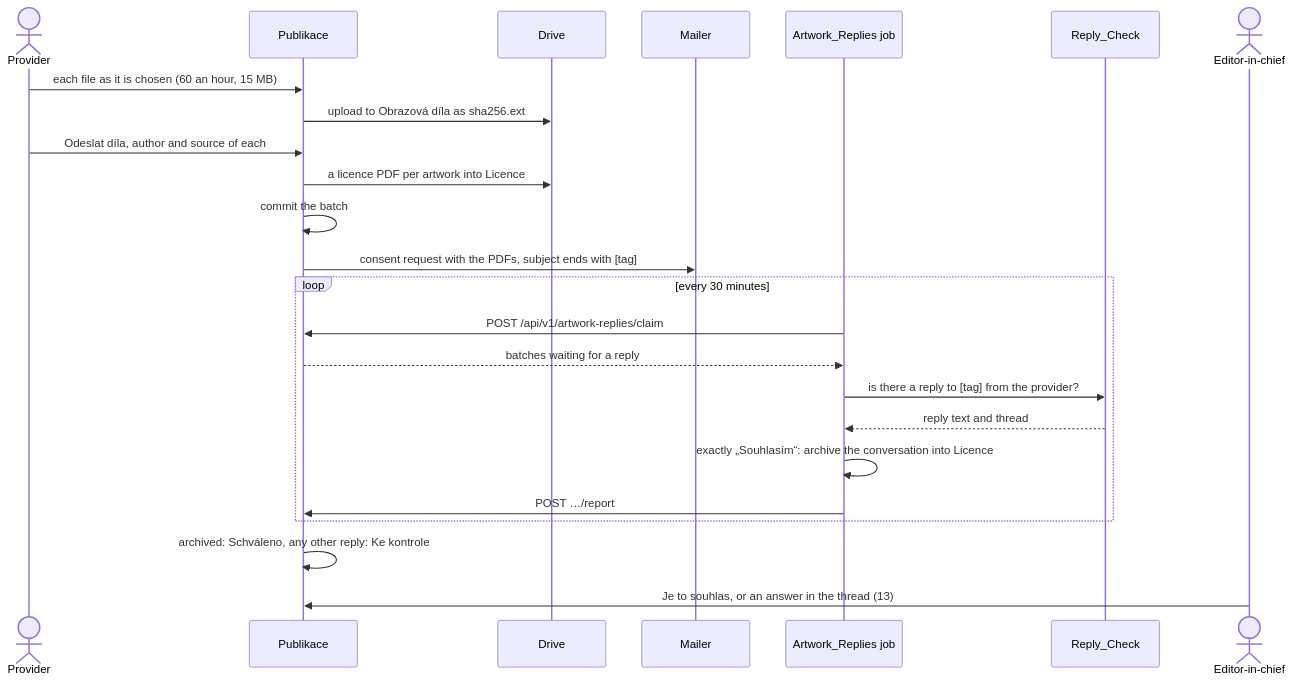
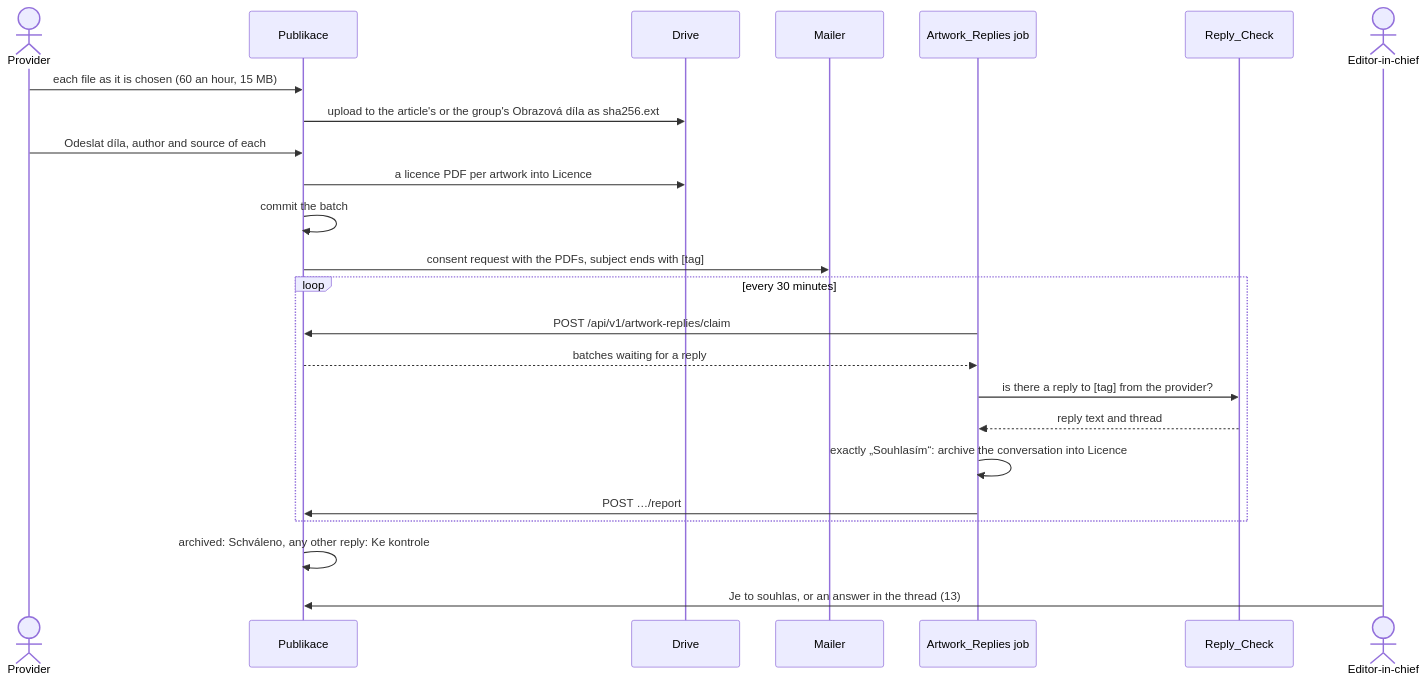
One commit to vednemesicnik/cz.vednemesicnik.publikace changed the fourth of 6 diagrams in docs/architecture.md. Above: the diagram before and after it, drawn with Mermaid. The commit also changed other lines of this file and 44 other files, not shown here.

````diff
--- a/docs/architecture.md
+++ b/docs/architecture.md
@@ -214,26 +234,26 @@
 ```mermaid
 sequenceDiagram
   actor P as Provider
   participant A as Publikace
   participant D as Drive
   participant M as Mailer
   participant J as Artwork_Replies job
   participant R as Reply_Check
   actor E as Editor-in-chief
   P->>A: each file as it is chosen (60 an hour, 15 MB)
-  A->>D: upload to Obrazová díla as sha256.ext
+  A->>D: upload to the article's or the group's Obrazová díla as sha256.ext
   P->>A: Odeslat díla, author and source of each
   A->>D: a licence PDF per artwork into Licence
   A->>A: commit the batch
   A->>M: consent request with the PDFs, subject ends with [tag]
   loop every 30 minutes
     J->>A: POST /api/v1/artwork-replies/claim
     A-->>J: batches waiting for a reply
     J->>R: is there a reply to [tag] from the provider?
     R-->>J: reply text and thread
     J->>J: exactly „Souhlasím“: archive the conversation into Licence
     J->>A: POST …/report
   end
   A->>A: archived: Schváleno, any other reply: Ke kontrole
   E->>A: Je to souhlas, or an answer in the thread (13)
 ```
````
